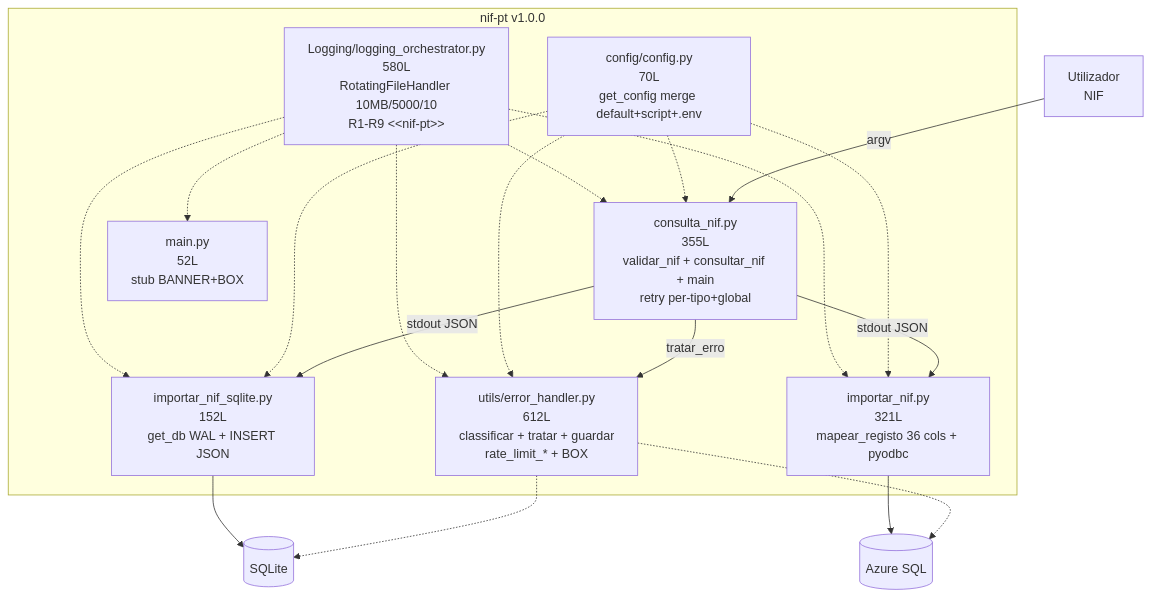
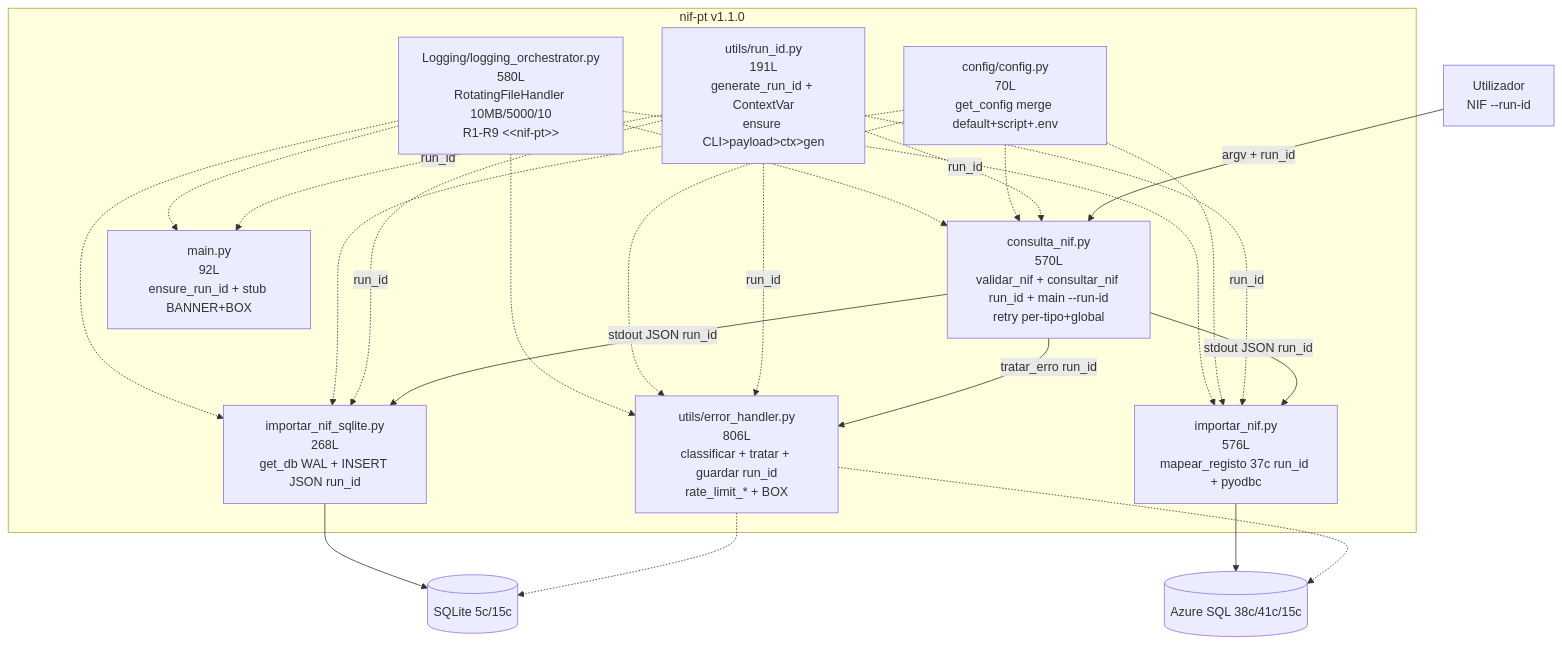
Before and after one commit to nunoetome/nif-pt: the second of 7 diagrams in docs/technical.md, drawn with Mermaid. The commit also changed other lines of this file and 13 other files, not shown here.

````diff
--- a/docs/technical.md
+++ b/docs/technical.md
@@ -44,21 +45,23 @@
 ```mermaid
 graph TB
-    subgraph nif-pt v1.0.0
-        C[consulta_nif.py<br/>355L<br/>validar_nif + consultar_nif + main<br/>retry per-tipo+global]
-        S[importar_nif_sqlite.py<br/>152L<br/>get_db WAL + INSERT JSON]
-        A[importar_nif.py<br/>321L<br/>mapear_registo 36 cols + pyodbc]
-        E[utils/error_handler.py<br/>612L<br/>classificar + tratar + guardar<br/>rate_limit_* + BOX]
+    subgraph nif-pt v1.1.0
+        C[consulta_nif.py<br/>570L<br/>validar_nif + consultar_nif run_id + main --run-id<br/>retry per-tipo+global]
+        S[importar_nif_sqlite.py<br/>268L<br/>get_db WAL + INSERT JSON run_id]
+        A[importar_nif.py<br/>576L<br/>mapear_registo 37c run_id + pyodbc]
+        R[utils/run_id.py<br/>191L<br/>generate_run_id + ContextVar<br/>ensure CLI>payload>ctx>gen]
+        E[utils/error_handler.py<br/>806L<br/>classificar + tratar + guardar run_id<br/>rate_limit_* + BOX]
         CFG[config/config.py<br/>70L<br/>get_config merge default+script+.env]
         LOG[Logging/logging_orchestrator.py<br/>580L<br/>RotatingFileHandler 10MB/5000/10<br/>R1-R9 &lt;&lt;nif-pt&gt;&gt;]
-        MAIN[main.py<br/>52L<br/>stub BANNER+BOX]
+        MAIN[main.py<br/>92L<br/>ensure_run_id + stub BANNER+BOX]
     end
-    U[Utilizador<br/>NIF] -->|argv| C
-    C -->|stdout JSON| S
-    C -->|stdout JSON| A
-    C -->|tratar_erro| E
+    U[Utilizador<br/>NIF --run-id] -->|argv + run_id| C
+    C -->|stdout JSON run_id| S
+    C -->|stdout JSON run_id| A
+    C -->|tratar_erro run_id| E
+    R -. run_id .-> C & S & A & E & MAIN
     E -.-> DB1 & DB2
     CFG -.-> C & S & A & E
     LOG -.-> C & S & A & E & MAIN
-    S --> DB1[(SQLite)]
-    A --> DB2[(Azure SQL)]
+    S --> DB1[(SQLite 5c/15c)]
+    A --> DB2[(Azure SQL 38c/41c/15c)]
 ```
````
